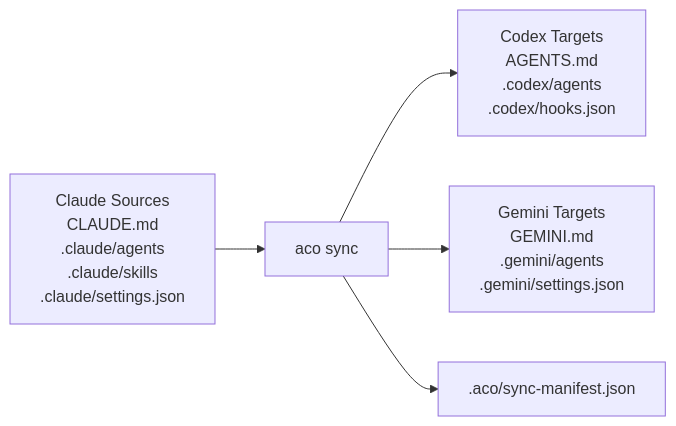
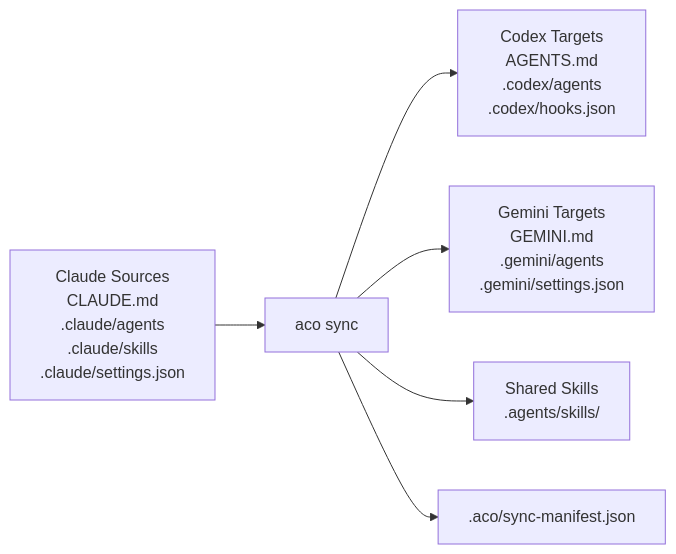
Before and after one commit to pureliture/ai-cli-orch-wrapper: the third of 4 diagrams in docs/architecture.md, drawn with Mermaid. The commit also changed other lines of this file and 31 other files, not shown here.

````diff
--- a/docs/architecture.md
+++ b/docs/architecture.md
@@ -106,13 +108,15 @@
 ```mermaid
 flowchart LR
     claude[Claude Sources<br/>CLAUDE.md<br/>.claude/agents<br/>.claude/skills<br/>.claude/settings.json]
     sync[aco sync]
     codex[Codex Targets<br/>AGENTS.md<br/>.codex/agents<br/>.codex/hooks.json]
     gemini[Gemini Targets<br/>GEMINI.md<br/>.gemini/agents<br/>.gemini/settings.json]
+    shared[Shared Skills<br/>.agents/skills/<aco-owned>]
     manifest[.aco/sync-manifest.json]
 
     claude --> sync
     sync --> codex
     sync --> gemini
+    sync --> shared
     sync --> manifest
 ```
````
